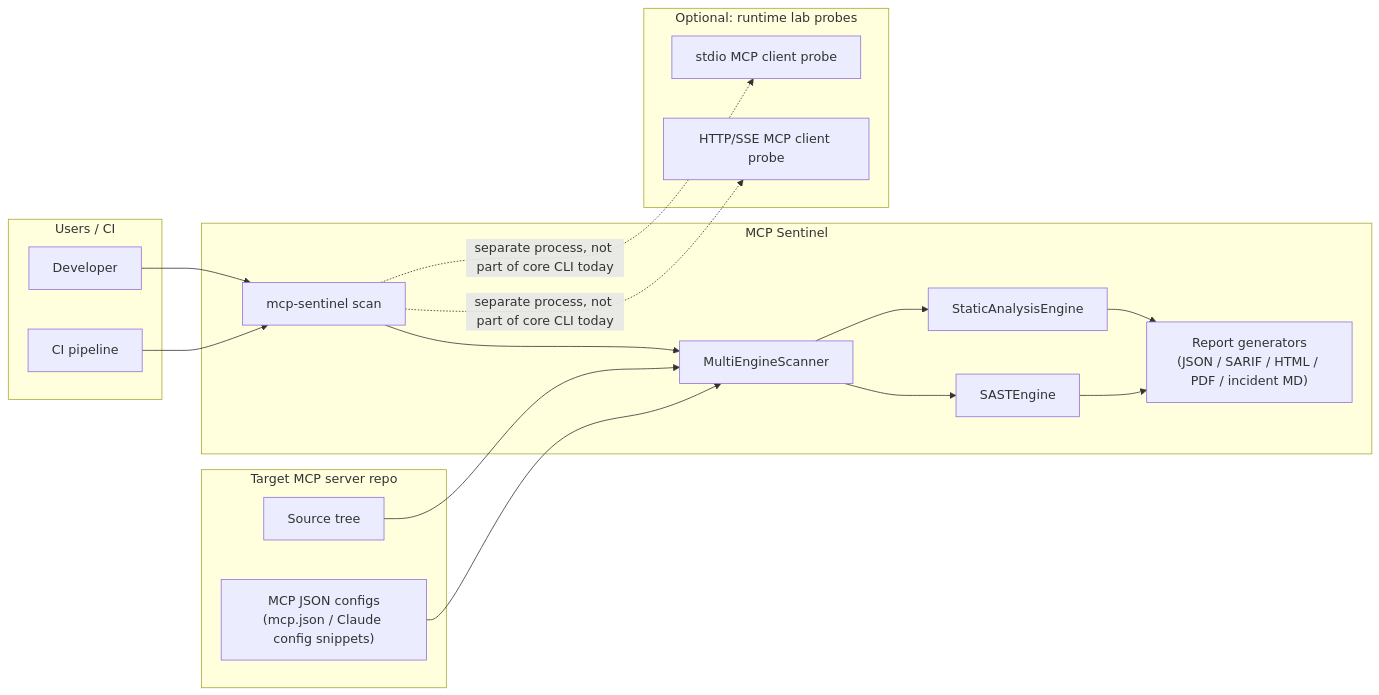
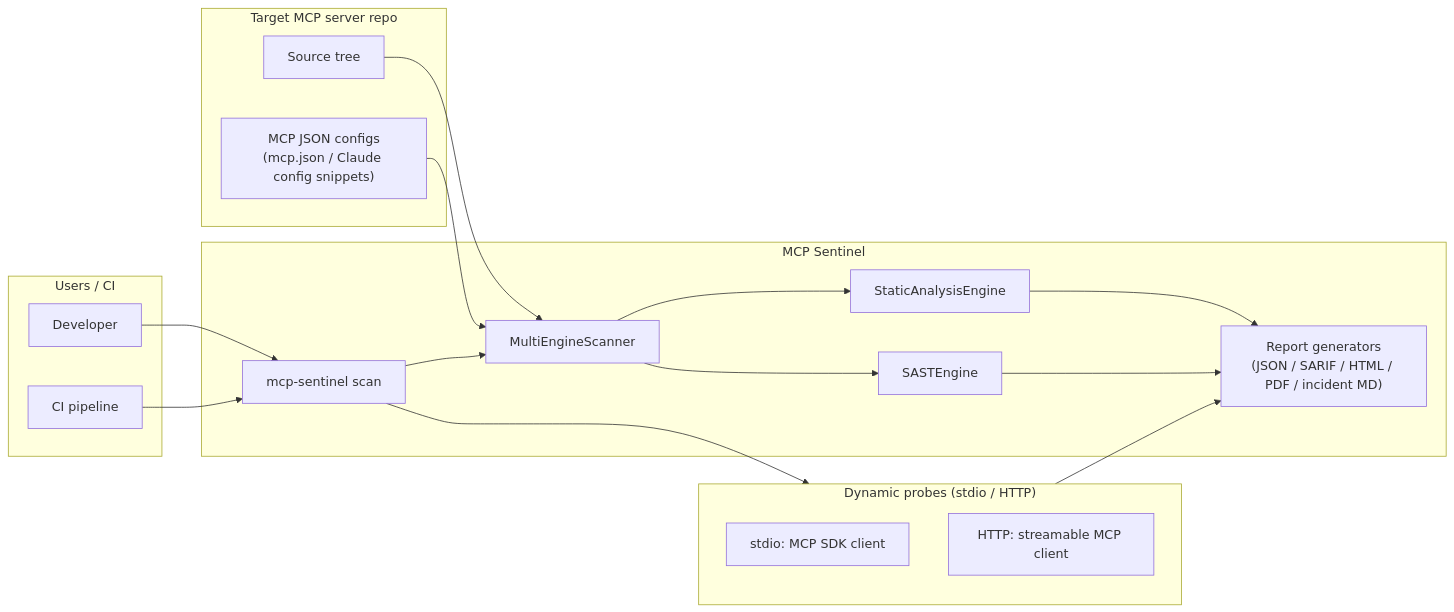
One commit to beejak/mcp-sentinel changed the first of 3 diagrams in mcp-sentinel-python/docs/REPORTING_ARCHITECTURE_AND_WORKFLOWS.md. Above: the diagram before and after it, drawn with Mermaid. The commit also changed other lines of this file and 12 other files, not shown here.

First line of the commit message:
feat(probes): first-class dynamic MCP stdio/HTTP probes in scan + probe CLI

````diff
--- a/mcp-sentinel-python/docs/REPORTING_ARCHITECTURE_AND_WORKFLOWS.md
+++ b/mcp-sentinel-python/docs/REPORTING_ARCHITECTURE_AND_WORKFLOWS.md
@@ -9,37 +9,37 @@
 ```mermaid
 flowchart LR
   subgraph UsersAndAutomation["Users / CI"]
     Dev["Developer"]
     CI["CI pipeline"]
   end
 
   subgraph MCPSentinel["MCP Sentinel"]
     CLI["mcp-sentinel scan"]
     MES["MultiEngineScanner"]
     Static["StaticAnalysisEngine"]
     SAST["SASTEngine"]
     Reports["Report generators\n(JSON / SARIF / HTML / PDF / incident MD)"]
   end
 
   subgraph TargetRepo["Target MCP server repo"]
     Src["Source tree"]
     MCPConf["MCP JSON configs\n(mcp.json / Claude config snippets)"]
   end
 
-  subgraph OptionalLab["Optional: runtime lab probes"]
-    LabStdio["stdio MCP client probe"]
-    LabHTTP["HTTP/SSE MCP client probe"]
+  subgraph Probes["Dynamic probes (stdio / HTTP)"]
+    LabStdio["stdio: MCP SDK client"]
+    LabHTTP["HTTP: streamable MCP client"]
   end
 
   Dev --> CLI
   CI --> CLI
   CLI --> MES
   MES --> Static
   MES --> SAST
   Static --> Reports
   SAST --> Reports
   Src --> MES
   MCPConf --> MES
-  CLI -. "separate process, not part of core CLI today" .-> LabStdio
-  CLI -. "separate process, not part of core CLI today" .-> LabHTTP
+  CLI --> Probes
+  Probes --> Reports
 ```
````
